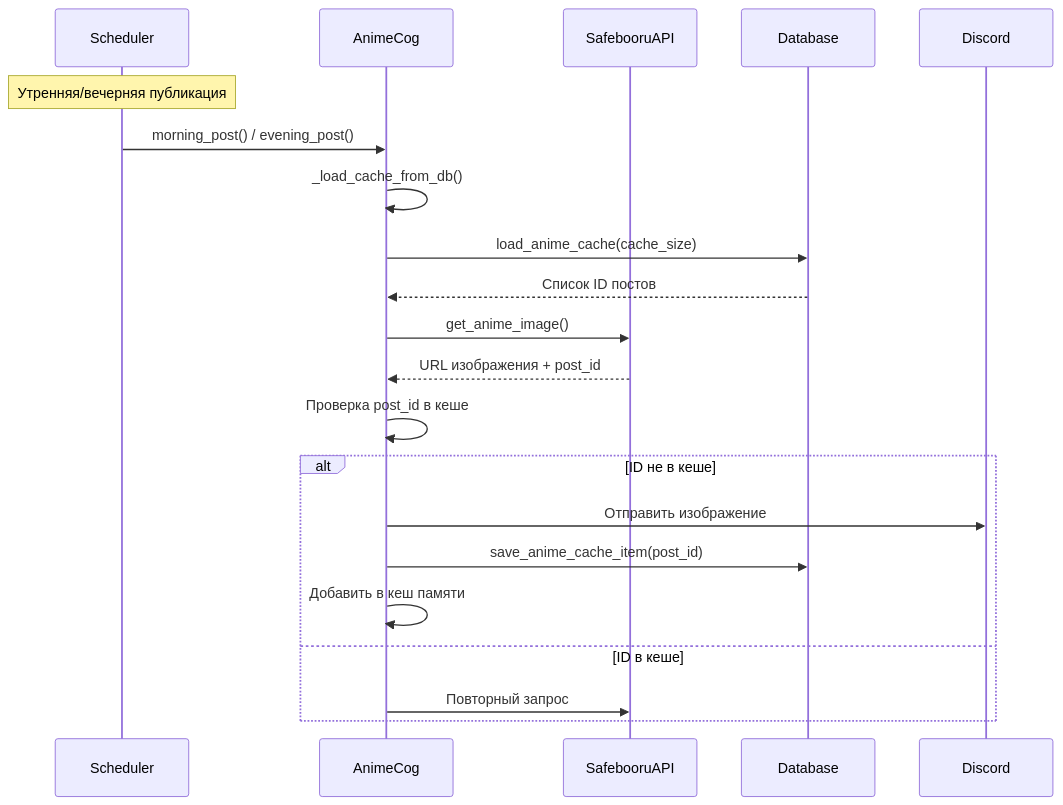
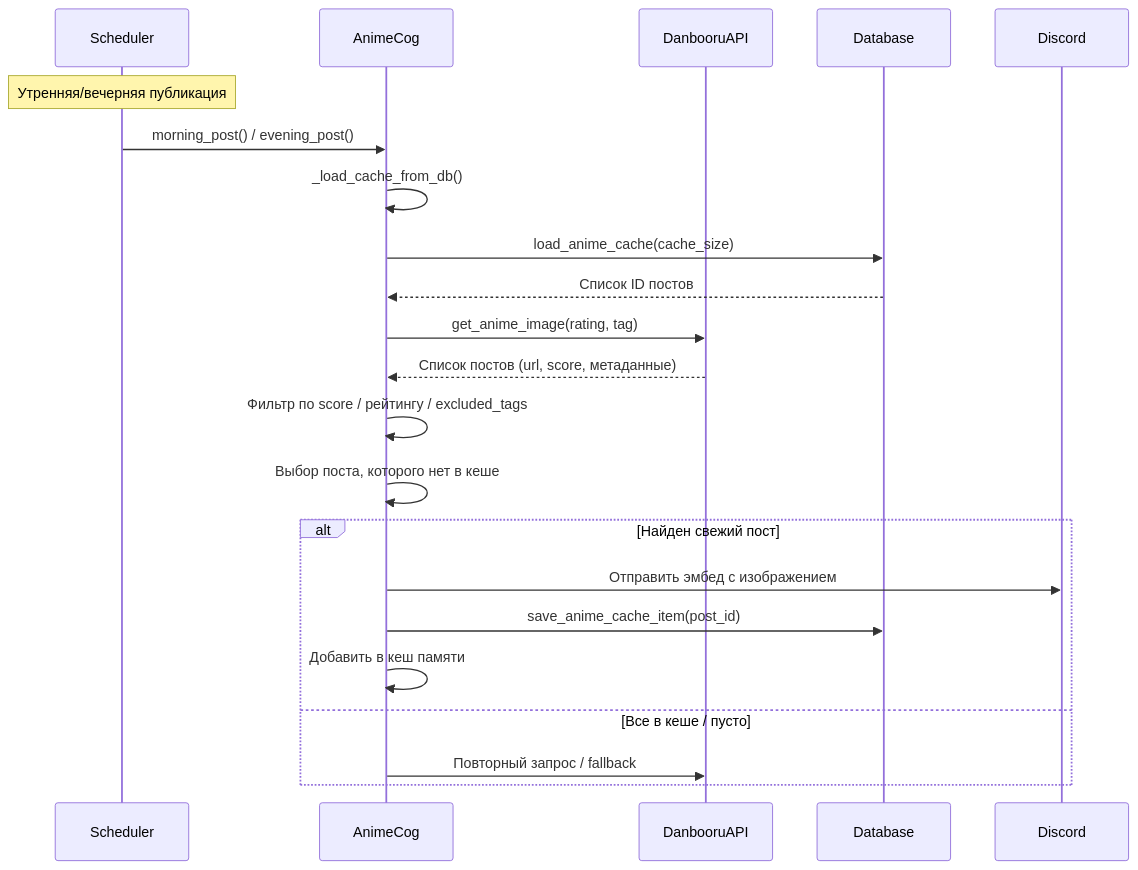
The fourth of 10 diagrams in docs/architecture.md (Twinlab/pd_bot), drawn with Mermaid before and after one commit. The commit also changed 6 other files, not shown here.

First line of the commit message:
feat(anime): переезд с safebooru на Danbooru с фильтром качества

````diff
--- a/docs/architecture.md
+++ b/docs/architecture.md
@@ -114,26 +114,27 @@
 ```mermaid
 sequenceDiagram
     participant Scheduler
     participant AnimeCog
-    participant SafebooruAPI
+    participant DanbooruAPI
     participant Database
     participant Discord
 
     Note over Scheduler: Утренняя/вечерняя публикация
     Scheduler->>AnimeCog: morning_post() / evening_post()
     AnimeCog->>AnimeCog: _load_cache_from_db()
     AnimeCog->>Database: load_anime_cache(cache_size)
     Database-->>AnimeCog: Список ID постов
 
-    AnimeCog->>SafebooruAPI: get_anime_image()
-    SafebooruAPI-->>AnimeCog: URL изображения + post_id
+    AnimeCog->>DanbooruAPI: get_anime_image(rating, tag)
+    DanbooruAPI-->>AnimeCog: Список постов (url, score, метаданные)
+    AnimeCog->>AnimeCog: Фильтр по score / рейтингу / excluded_tags
 
-    AnimeCog->>AnimeCog: Проверка post_id в кеше
-    alt ID не в кеше
-        AnimeCog->>Discord: Отправить изображение
+    AnimeCog->>AnimeCog: Выбор поста, которого нет в кеше
+    alt Найден свежий пост
+        AnimeCog->>Discord: Отправить эмбед с изображением
         AnimeCog->>Database: save_anime_cache_item(post_id)
         AnimeCog->>AnimeCog: Добавить в кеш памяти
-    else ID в кеше
-        AnimeCog->>SafebooruAPI: Повторный запрос
+    else Все в кеше / пусто
+        AnimeCog->>DanbooruAPI: Повторный запрос / fallback
     end
 ```
````
